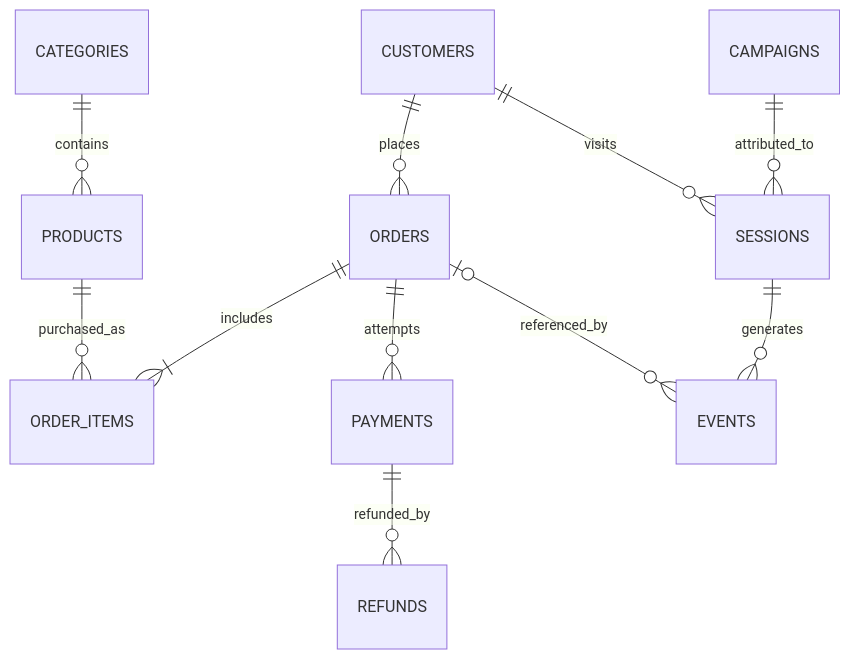
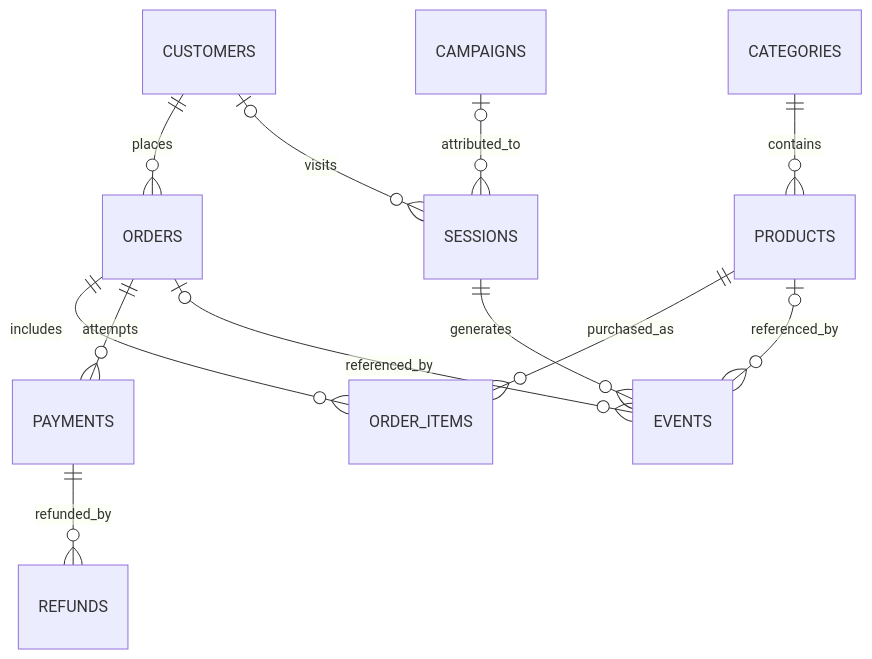
One commit to NickolayBoss/axiom-analytics changed the diagram in docs/DATA_MODEL.md. Above: the diagram before and after it, drawn with Mermaid. The commit also changed other lines of this file, not shown here.

````diff
--- a/docs/DATA_MODEL.md
+++ b/docs/DATA_MODEL.md
@@ -22,13 +22,14 @@
 ```mermaid
 erDiagram
     CUSTOMERS ||--o{ ORDERS : places
-    CUSTOMERS ||--o{ SESSIONS : visits
+    CUSTOMERS o|--o{ SESSIONS : visits
     CATEGORIES ||--o{ PRODUCTS : contains
-    ORDERS ||--|{ ORDER_ITEMS : includes
+    ORDERS ||--o{ ORDER_ITEMS : includes
     PRODUCTS ||--o{ ORDER_ITEMS : purchased_as
     ORDERS ||--o{ PAYMENTS : attempts
     PAYMENTS ||--o{ REFUNDS : refunded_by
-    CAMPAIGNS ||--o{ SESSIONS : attributed_to
+    CAMPAIGNS o|--o{ SESSIONS : attributed_to
     SESSIONS ||--o{ EVENTS : generates
     ORDERS o|--o{ EVENTS : referenced_by
+    PRODUCTS o|--o{ EVENTS : referenced_by
 ```
````
